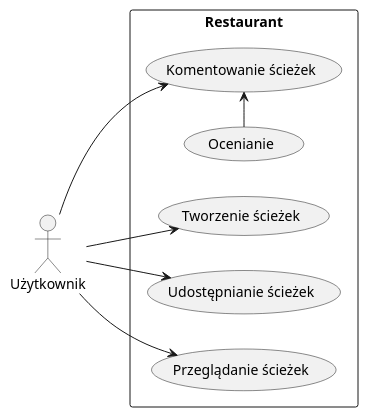
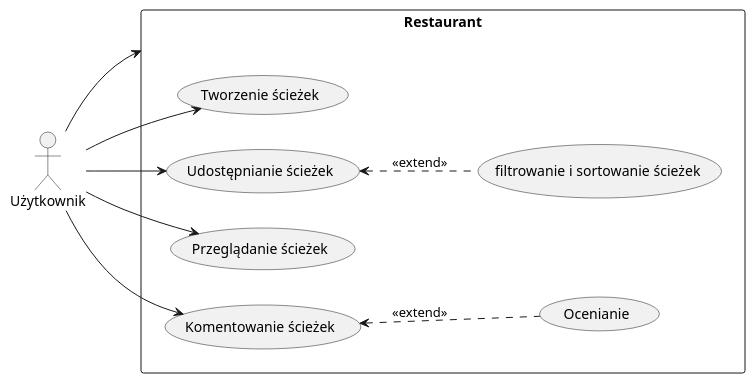
One commit to heisenshark/health-paths changed the diagram in uml-diagrams/user-usecases.puml. Above: the diagram before and after it, drawn with PlantUML.

Commit message:
uml cont

```diff
--- a/uml-diagrams/user-usecases.puml
+++ b/uml-diagrams/user-usecases.puml
@@ -1,16 +1,22 @@
 @startuml
+
 left to right direction
 actor "Użytkownik" as fc
 rectangle Restaurant {
  usecase "Tworzenie ścieżek" as UC1
  usecase "Udostępnianie ścieżek" as UC2
  usecase "Przeglądanie ścieżek" as UC3
  usecase "Komentowanie ścieżek" as UC4
  usecase "Ocenianie" as UC5
+ usecase "filtrowanie i sortowanie ścieżek" as UC6
 }
+left to right direction
+
 fc --> UC1
 fc --> UC2
 fc --> UC3
 fc --> UC4
-UC5->UC4
+UC4 <.. UC5 : <<extend>>
+UC2 <.. UC6 : <<extend>>
+fc --> Restaurant
 @enduml
```
